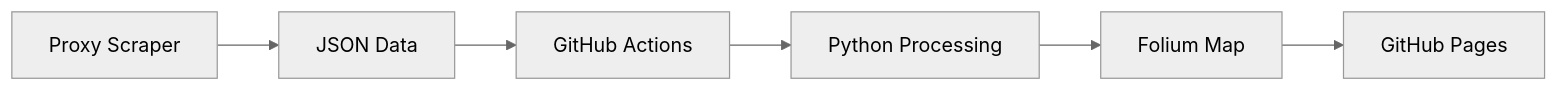
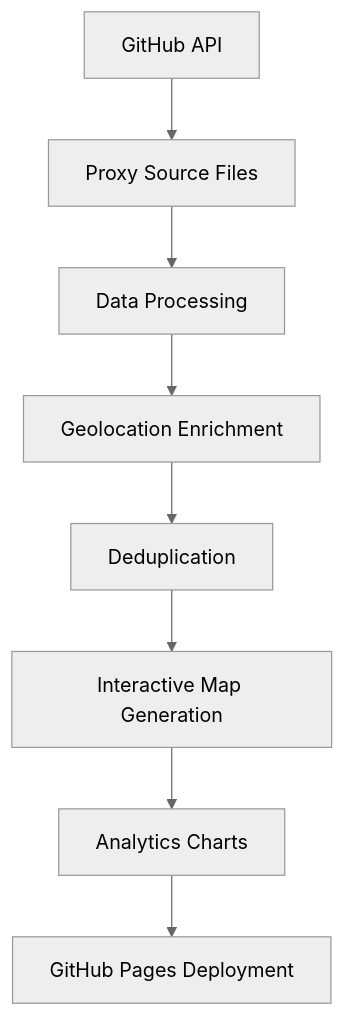
One commit to delldevmann/ProxyMap changed the diagram in README.md. Above: the diagram before and after it, drawn with Mermaid (neutral theme). The commit also changed other lines of this file, not shown here.

````diff
--- a/README.md
+++ b/README.md
@@ -52,8 +77,10 @@
 ```mermaid
-graph LR
-    A[Proxy Scraper] --> B[JSON Data]
-    B --> C[GitHub Actions]
-    C --> D[Python Processing]
-    D --> E[Folium Map]
-    E --> F[GitHub Pages]
+graph TD
+    A[GitHub API] --> B[Proxy Source Files]
+    B --> C[Data Processing]
+    C --> D[Geolocation Enrichment]
+    D --> E[Deduplication]
+    E --> F[Interactive Map Generation]
+    F --> G[Analytics Charts]
+    G --> H[GitHub Pages Deployment]
 ```
````
